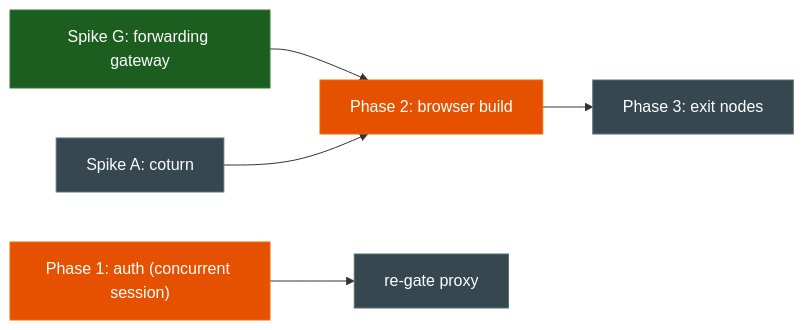
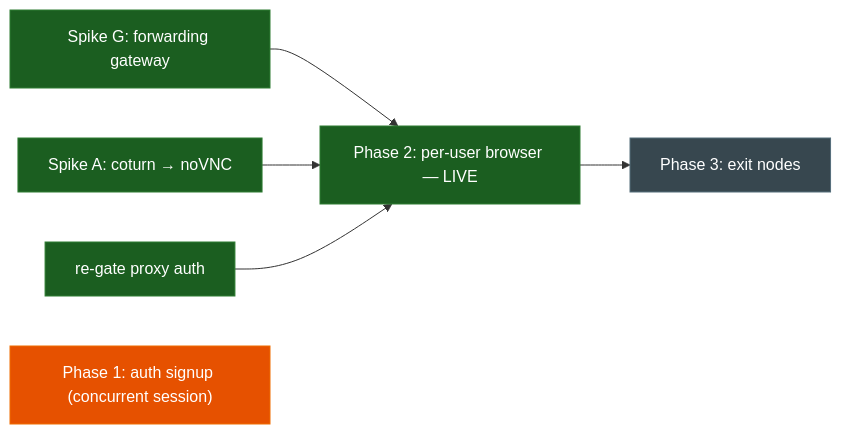
Before and after one commit to ViktorBarzin/infra: the first of 2 diagrams in docs/plans/2026-07-25-proxy-scale-design.md, drawn with Mermaid. The commit also changed other lines of this file, not shown here.

First line of the commit message:
plans: proxy scale-up Phase 2 built + verified live

````diff
--- a/docs/plans/2026-07-25-proxy-scale-design.md
+++ b/docs/plans/2026-07-25-proxy-scale-design.md
@@ -21,10 +21,11 @@
 ```mermaid
 flowchart LR
-  G["Spike G: forwarding gateway"]:::done --> P2["Phase 2: browser build"]:::wip
-  A["Spike A: coturn"]:::todo --> P2
-  P1["Phase 1: auth (concurrent session)"]:::wip --> RG["re-gate proxy"]:::todo
+  G["Spike G: forwarding gateway"]:::done --> P2["Phase 2: per-user browser — LIVE"]:::done
+  A["Spike A: coturn → noVNC"]:::done --> P2
+  RG["re-gate proxy auth"]:::done --> P2
+  P1["Phase 1: auth signup (concurrent session)"]:::wip
   P2 --> P3["Phase 3: exit nodes"]:::todo
   classDef done fill:#1b5e20,color:#fff,stroke:#2e7d32
   classDef wip fill:#e65100,color:#fff,stroke:#ef6c00
   classDef todo fill:#37474f,color:#fff,stroke:#546e7a
 ```
````
